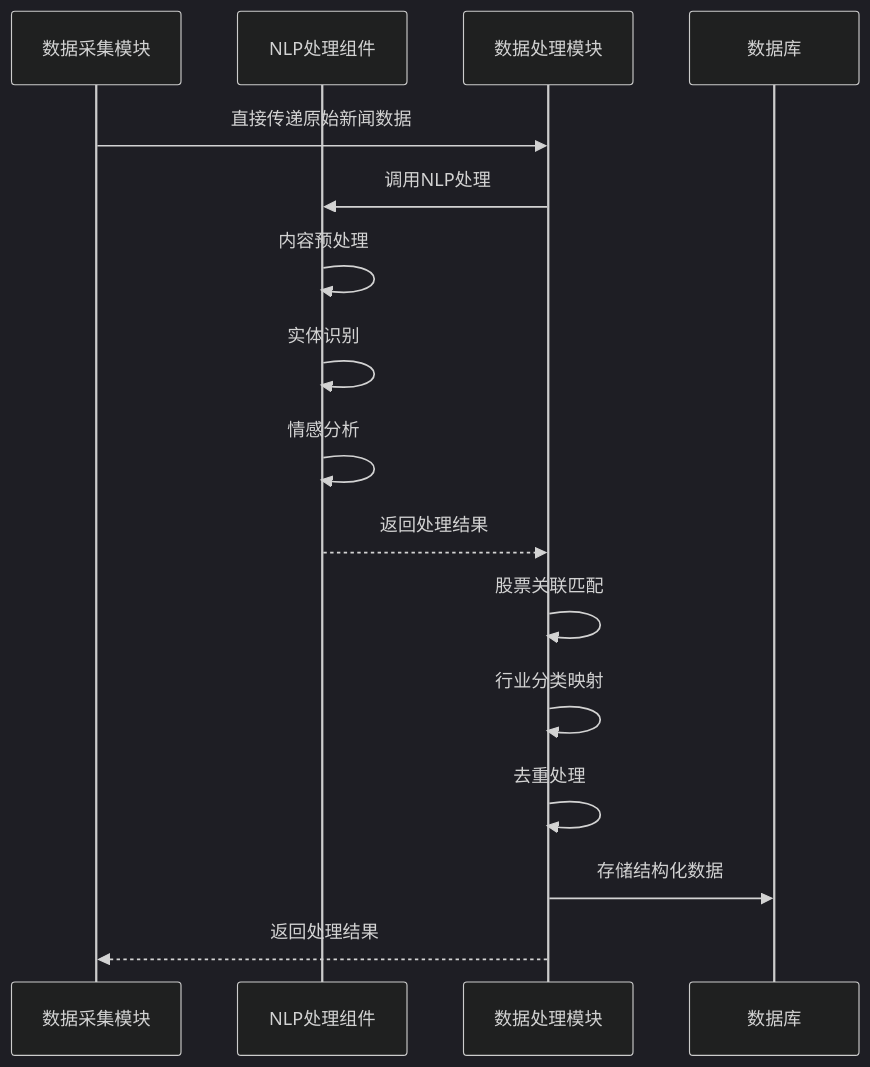
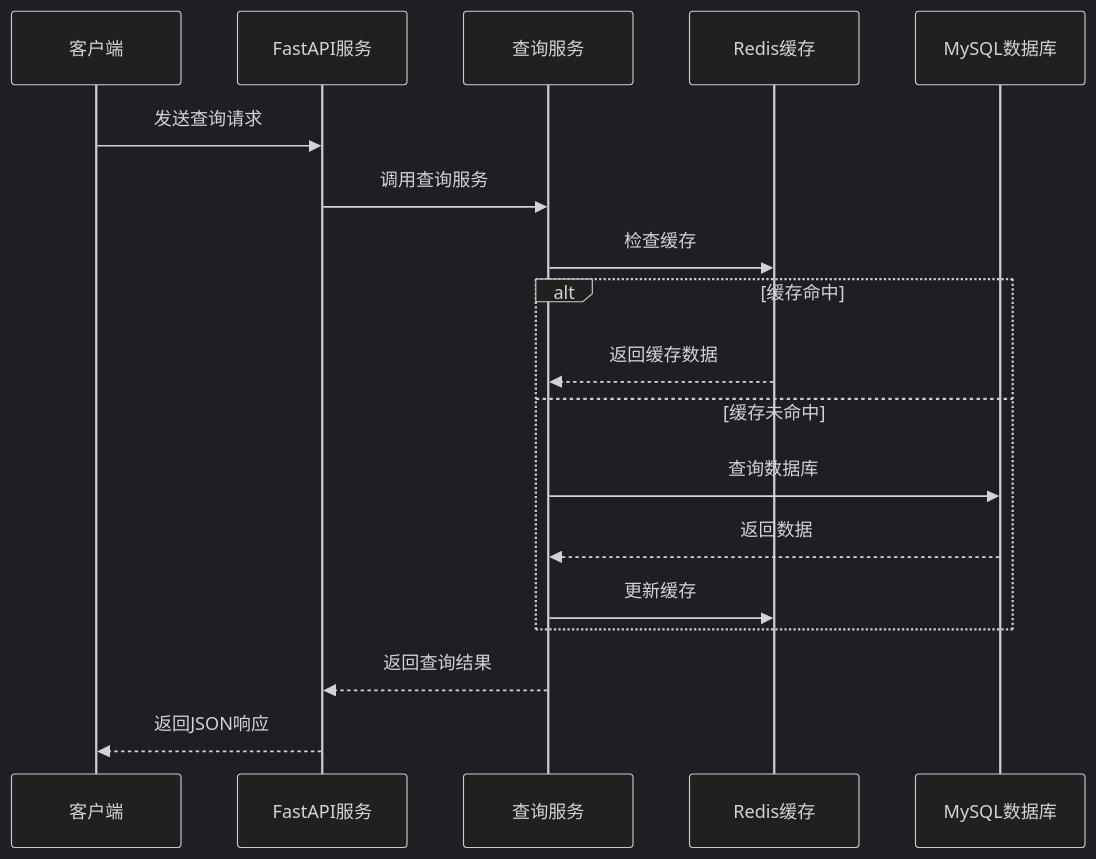
The seventh of 7 diagrams in .trae/documents/data_system_design_backend.md (Casper-Mars/trading), drawn with Mermaid (dark theme) before and after one commit. The commit also changed other lines of this file and 1 other file, not shown here.

````diff
--- a/.trae/documents/data_system_design_backend.md
+++ b/.trae/documents/data_system_design_backend.md
@@ -457,19 +683,21 @@
 ```mermaid
 sequenceDiagram
-    participant DC as 数据采集模块
-    participant NLP as NLP处理组件
-    participant DP as 数据处理模块
-    participant DB as 数据库
+    participant C as 客户端
+    participant API as FastAPI服务
+    participant QS as 查询服务
+    participant Redis as Redis缓存
+    participant DB as MySQL数据库
     
-    DC->>DP: 直接传递原始新闻数据
-    DP->>NLP: 调用NLP处理
-    NLP->>NLP: 内容预处理
-    NLP->>NLP: 实体识别
-    NLP->>NLP: 情感分析
-    NLP-->>DP: 返回处理结果
-    DP->>DP: 股票关联匹配
-    DP->>DP: 行业分类映射
-    DP->>DP: 去重处理
-    DP->>DB: 存储结构化数据
-    DP-->>DC: 返回处理结果
+    C->>API: 发送查询请求
+    API->>QS: 调用查询服务
+    QS->>Redis: 检查缓存
+    alt 缓存命中
+        Redis-->>QS: 返回缓存数据
+    else 缓存未命中
+        QS->>DB: 查询数据库
+        DB-->>QS: 返回数据
+        QS->>Redis: 更新缓存
+    end
+    QS-->>API: 返回查询结果
+    API-->>C: 返回JSON响应
 ```
````
